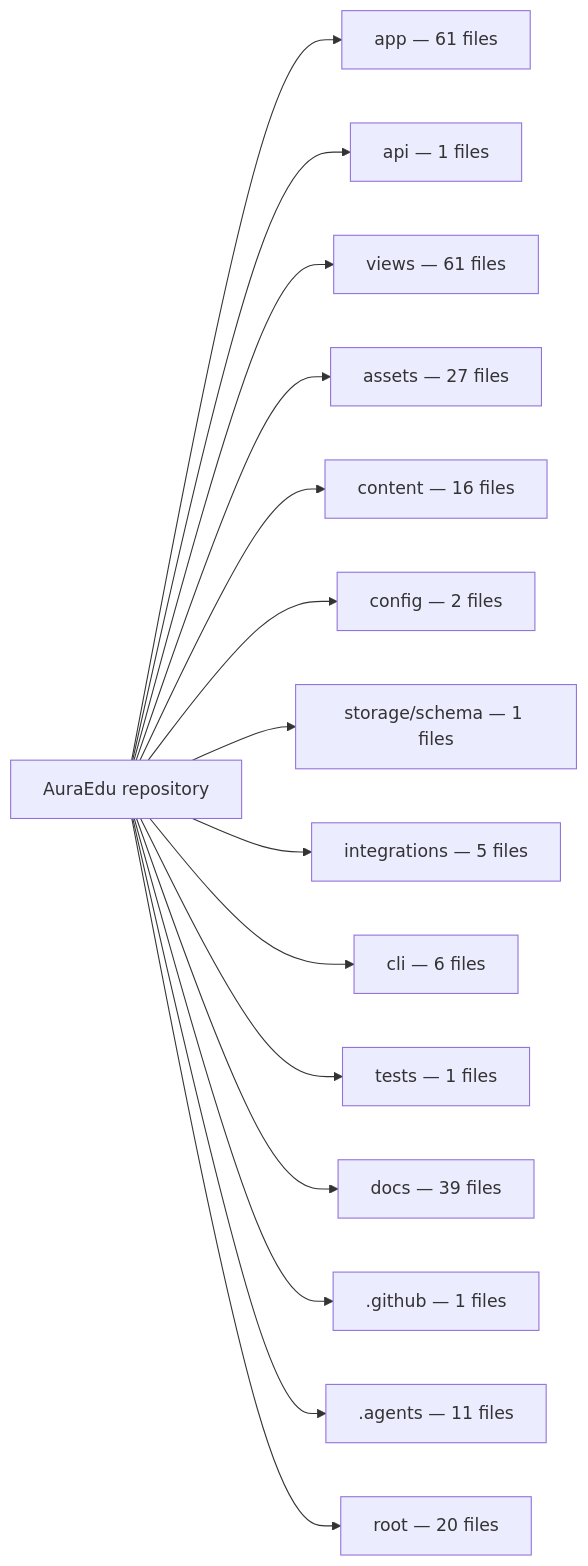
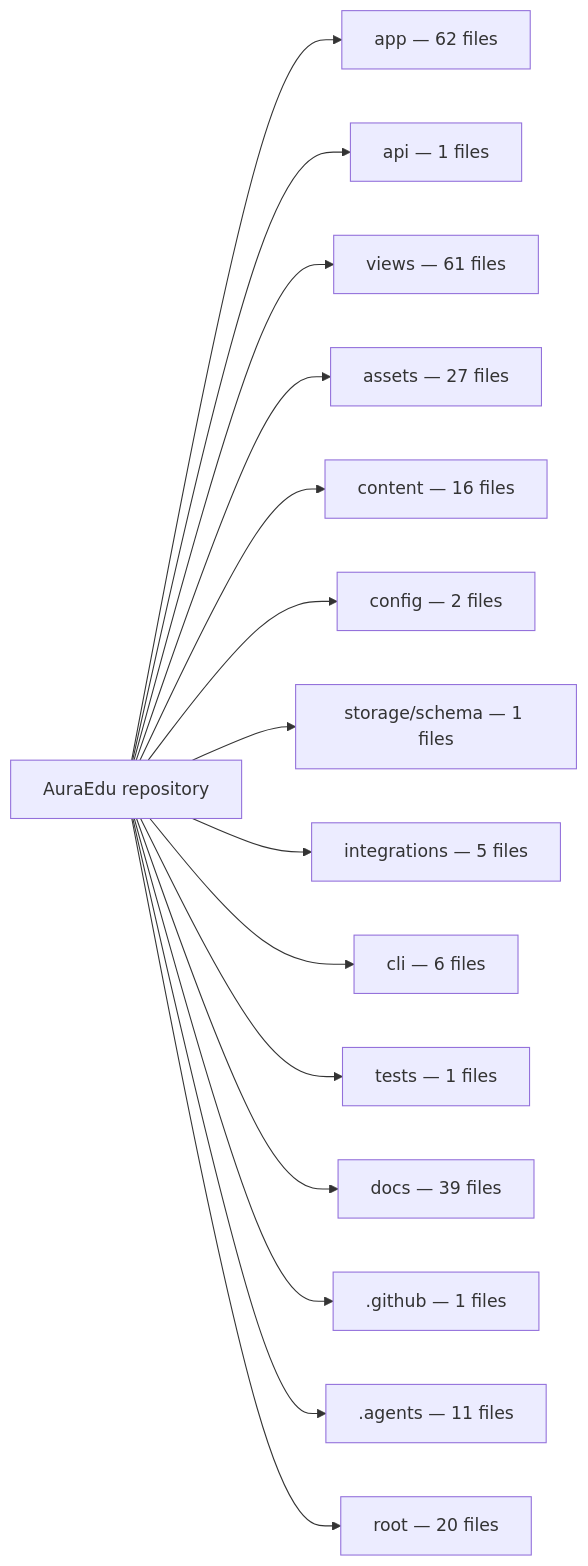
Before and after one commit to getwinharris/auraedu: the diagram in map.mmd, drawn with Mermaid. The commit also changed other lines of this file and 16 other files, not shown here.

````diff
--- a/map.mmd
+++ b/map.mmd
@@ -5,32 +5,32 @@
 ```mermaid
 flowchart LR
   root["AuraEdu repository"]
-  g_app["app — 61 files"]
+  g_app["app — 62 files"]
   root --> g_app
   g_api["api — 1 files"]
   root --> g_api
   g_views["views — 61 files"]
   root --> g_views
   g_assets["assets — 27 files"]
   root --> g_assets
   g_content["content — 16 files"]
   root --> g_content
   g_config["config — 2 files"]
   root --> g_config
   g_storage_schema["storage/schema — 1 files"]
   root --> g_storage_schema
   g_integrations["integrations — 5 files"]
   root --> g_integrations
   g_cli["cli — 6 files"]
   root --> g_cli
   g_tests["tests — 1 files"]
   root --> g_tests
   g_docs["docs — 39 files"]
   root --> g_docs
   g__github[".github — 1 files"]
   root --> g__github
   g__agents[".agents — 11 files"]
   root --> g__agents
   g_root["root — 20 files"]
   root --> g_root
 ```
````
